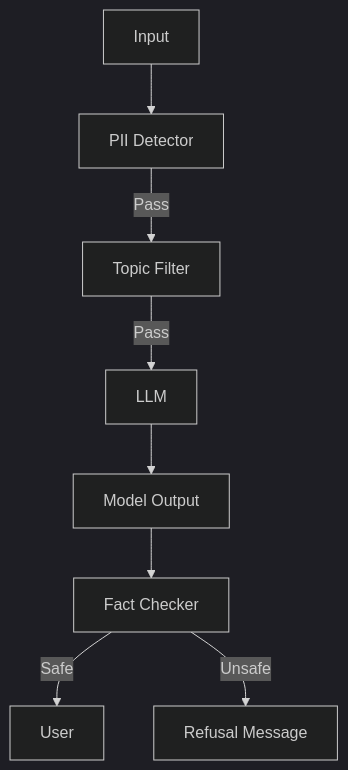
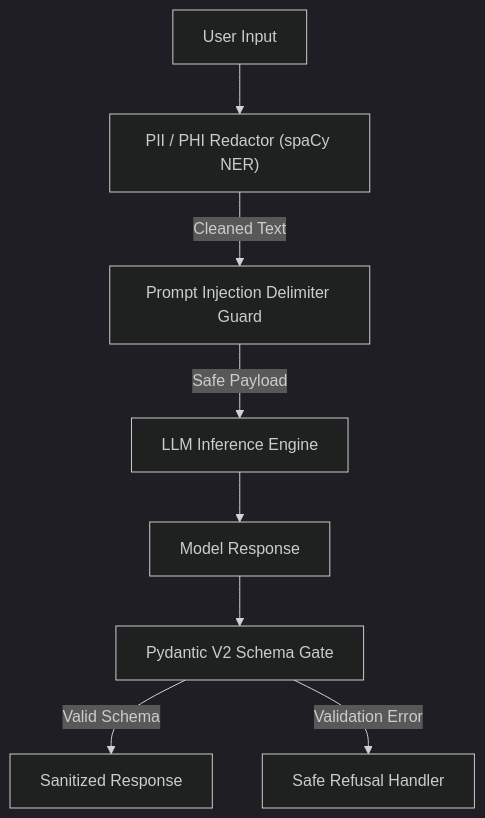
Before and after one commit to sricheru/agentic-ai-portfolio: the tenth of 20 diagrams in genai_enterprise_usecases/ARCHITECTURE_GUIDE.md, drawn with Mermaid (dark theme). The commit also changed other lines of this file, not shown here.

Commit message:
fix(mermaid): resolve dagre-d3 edge collision in all 20 diagrams

````diff
--- a/genai_enterprise_usecases/ARCHITECTURE_GUIDE.md
+++ b/genai_enterprise_usecases/ARCHITECTURE_GUIDE.md
@@ -211,10 +217,10 @@
 ```mermaid
 graph TD
-    Input --> PII[PII Detector]
-    PII -->|Pass| Topics[Topic Filter]
-    Topics -->|Pass| LLM
-    LLM --> LLMOutput["Model Output"]
-    LLMOutput["Model Output"] --> Hallucination[Fact Checker]
-    Hallucination -->|Safe| User
-    Hallucination -->|Unsafe| Block[Refusal Message]
+    RawInput["User Input"] --> PII["PII / PHI Redactor (spaCy NER)"]
+    PII -->|Cleaned Text| Sandbox["Prompt Injection Delimiter Guard"]
+    Sandbox -->|Safe Payload| Model["LLM Inference Engine"]
+    Model --> RawResponse["Model Response"]
+    RawResponse --> SchemaValidator["Pydantic V2 Schema Gate"]
+    SchemaValidator -->|Valid Schema| SafeOutput["Sanitized Response"]
+    SchemaValidator -->|Validation Error| Fallback["Safe Refusal Handler"]
 ```
````
